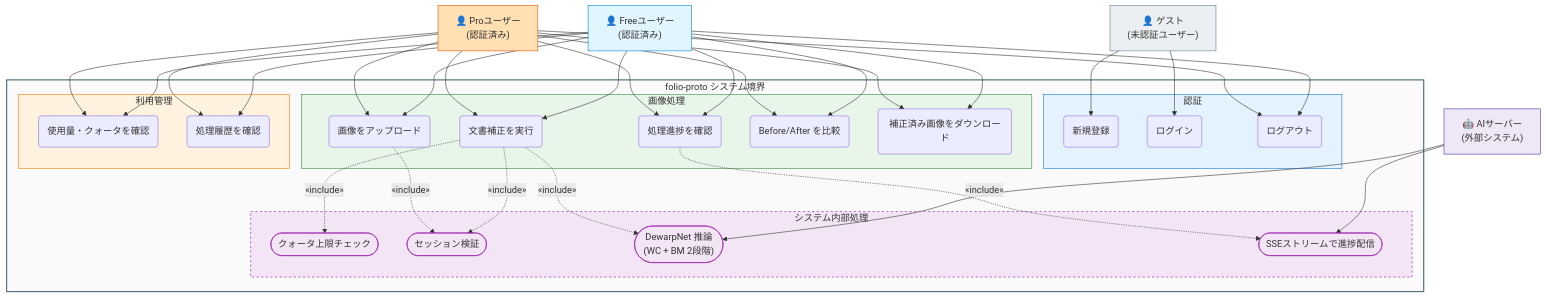
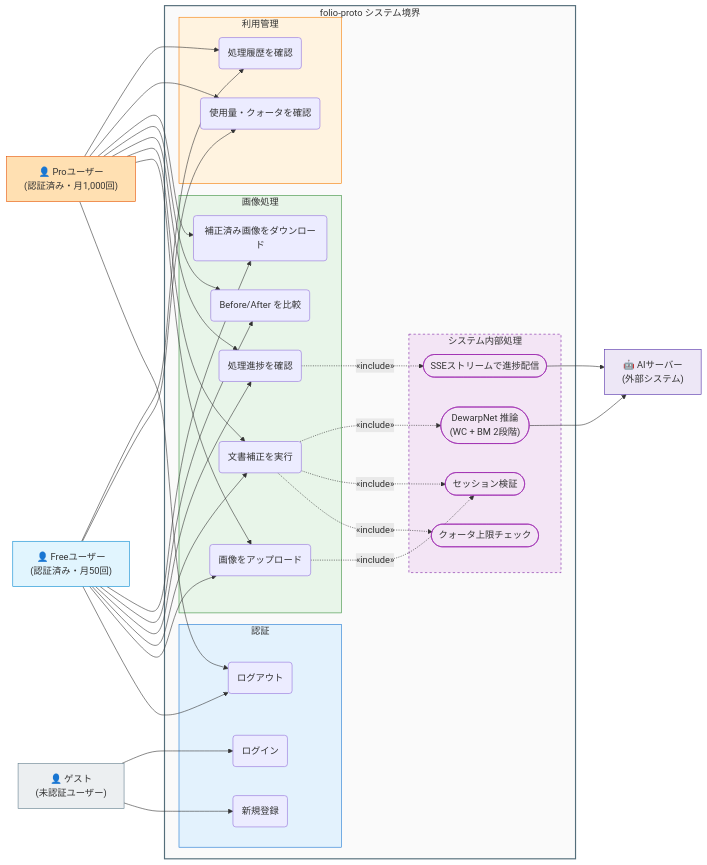
One commit to itbsr/folio-proto changed the fourth of 5 diagrams in docs/architecture.md. Above: the diagram before and after it, drawn with Mermaid.

Commit message:
docs: ユースケース図のMermaid構文を修正
\n を <br/> に統一し、アクターを左右に配置してレイアウトを改善
graph LR に変更しAIサーバーを右側アクターとして配置

Claude-Session: https://claude.ai/code/session_01VVqvZV74CJ2LJ3mUuemjQi

````diff
--- a/docs/architecture.md
+++ b/docs/architecture.md
@@ -106,10 +106,9 @@
 ```mermaid
-graph TB
-    %% アクター定義
-    GuestActor["👤 ゲスト\n(未認証ユーザー)"]
-    FreeActor["👤 Freeユーザー\n(認証済み)"]
-    ProActor["👤 Proユーザー\n(認証済み)"]
-    AIActor["🤖 AIサーバー\n(外部システム)"]
+graph LR
+    %% 左側アクター
+    GuestActor["👤 ゲスト<br/>(未認証ユーザー)"]
+    FreeActor["👤 Freeユーザー<br/>(認証済み・月50回)"]
+    ProActor["👤 Proユーザー<br/>(認証済み・月1,000回)"]
 
     subgraph System["folio-proto システム境界"]
         subgraph AuthUC["認証"]
@@ -134,16 +133,19 @@
         subgraph InternalUC["システム内部処理"]
             UC11(["クォータ上限チェック"])
             UC12(["セッション検証"])
-            UC13(["DewarpNet 推論\n(WC + BM 2段階)"])
+            UC13(["DewarpNet 推論<br/>(WC + BM 2段階)"])
             UC14(["SSEストリームで進捗配信"])
         end
     end
 
-    %% ゲストのユースケース
+    %% 右側アクター
+    AIActor["🤖 AIサーバー<br/>(外部システム)"]
+
+    %% ゲスト → ユースケース
     GuestActor --> UC1
     GuestActor --> UC2
 
-    %% Freeユーザー (月50回まで)
+    %% Freeユーザー → ユースケース
     FreeActor --> UC3
     FreeActor --> UC4
     FreeActor --> UC5
@@ -153,7 +155,7 @@
     FreeActor --> UC9
     FreeActor --> UC10
 
-    %% Proユーザー (Freeを継承 + 月1000回)
+    %% Proユーザー → ユースケース
     ProActor --> UC3
     ProActor --> UC4
     ProActor --> UC5
@@ -163,18 +165,17 @@
     ProActor --> UC9
     ProActor --> UC10
 
-    %% AIサーバーのユースケース
-    AIActor --> UC13
-    AIActor --> UC14
+    %% AIサーバー → ユースケース
+    UC13 --> AIActor
+    UC14 --> AIActor
 
-    %% include 関係 (点線)
+    %% «include» 関係
+    UC4 -.->|"«include»"| UC12
     UC5 -.->|"«include»"| UC11
     UC5 -.->|"«include»"| UC12
     UC5 -.->|"«include»"| UC13
     UC6 -.->|"«include»"| UC14
-    UC4 -.->|"«include»"| UC12
 
-    %% スタイル
     style System fill:#fafafa,stroke:#546E7A,stroke-width:2px
     style AuthUC fill:#e3f2fd,stroke:#1976D2
     style ImageUC fill:#e8f5e9,stroke:#388E3C
````
